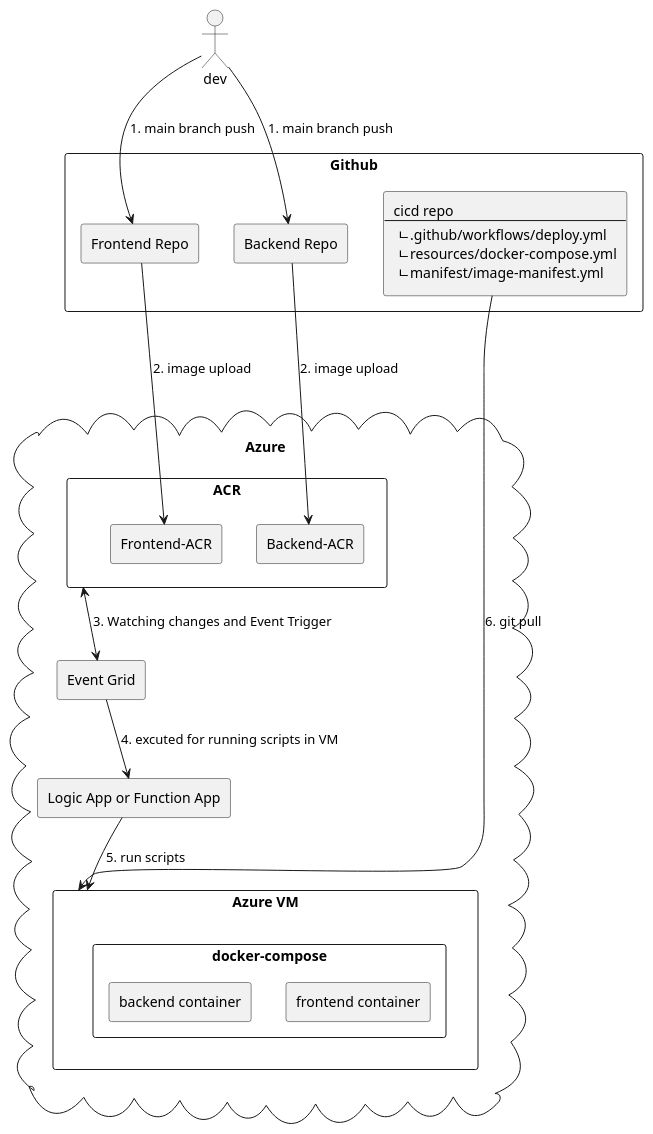
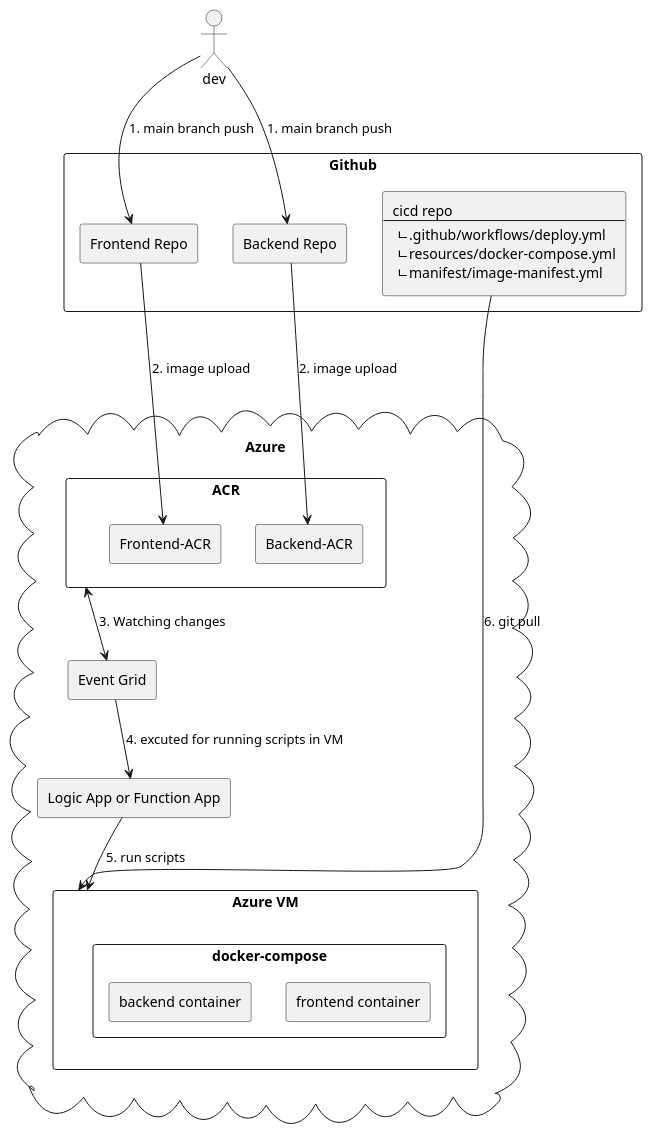
One commit to Suah-Cho/CICD-pipeline changed the second of 2 diagrams in README.md. Above: the diagram before and after it, drawn with PlantUML. The commit also changed 1 other file, not shown here.

Commit message:
edit tag for env

````diff
--- a/README.md
+++ b/README.md
@@ -66,51 +66,51 @@
 ```plantuml
 
 @startuml
 
 actor dev
 
 rectangle "Github" {
     rectangle "Frontend Repo"
     rectangle "Backend Repo"
     rectangle cicd_Repo [
         cicd repo
         ---
          ㄴ.github/workflows/deploy.yml
          ㄴresources/docker-compose.yml
          ㄴmanifest/image-manifest.yml
     ]
 }
 
 cloud "Azure" {
     rectangle "ACR" {
         rectangle "Frontend-ACR"
         rectangle "Backend-ACR"
     }
 
     rectangle "Azure VM" {
         rectangle "docker-compose" {
             rectangle "frontend container"
             rectangle "backend container"
         }
     }
 
     rectangle "Event Grid"
 
     rectangle "Logic App or Function App"
 }
 
 dev --> "Frontend Repo" : 1. main branch push
 dev --> "Backend Repo" : 1. main branch push
 
 "Frontend Repo" ---> "Frontend-ACR" : 2. image upload
 "Backend Repo" ---> "Backend-ACR" : 2. image upload
 
-"ACR" <--> "Event Grid" : 3. Watching changes and Event Trigger
+"ACR" <--> "Event Grid" : 3. Watching changes
 "Event Grid" --> "Logic App or Function App" : 4. excuted for running scripts in VM
 "Logic App or Function App" --> "Azure VM" : 5. run scripts
 cicd_Repo --> "Azure VM" : 6. git pull
 
 @enduml
 
 
 ```
````
